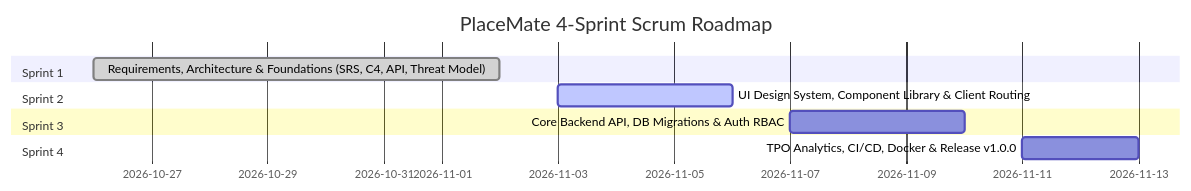
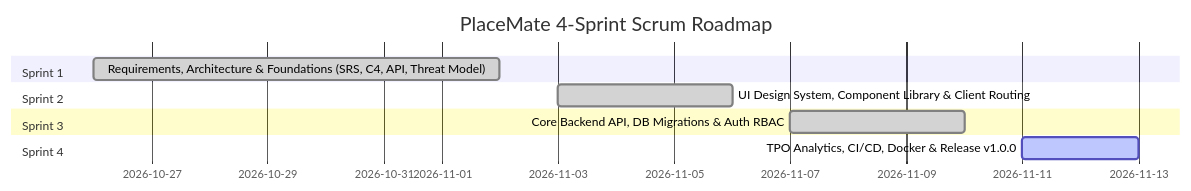
The diagram in docs/scrum/sprints-execution.md (titas-mahato/placemate), drawn with Mermaid before and after one commit. The commit also changed other lines of this file, not shown here.

Commit message:
docs(scrum): record Sprint 3 review, velocity metrics, and burndown chart

````diff
--- a/docs/scrum/sprints-execution.md
+++ b/docs/scrum/sprints-execution.md
@@ -12,13 +12,13 @@
 ```mermaid
 gantt
     title PlaceMate 4-Sprint Scrum Roadmap
     dateFormat  YYYY-MM-DD
     section Sprint 1
     Requirements, Architecture & Foundations (SRS, C4, API, Threat Model) :done, s1, 2026-10-26, 2026-11-02
     section Sprint 2
-    UI Design System, Component Library & Client Routing                 :active, s2, 2026-11-03, 2026-11-06
+    UI Design System, Component Library & Client Routing                 :done, s2, 2026-11-03, 2026-11-06
     section Sprint 3
-    Core Backend API, DB Migrations & Auth RBAC                          :s3, 2026-11-07, 2026-11-10
+    Core Backend API, DB Migrations & Auth RBAC                          :done, s3, 2026-11-07, 2026-11-10
     section Sprint 4
-    TPO Analytics, CI/CD, Docker & Release v1.0.0                       :s4, 2026-11-11, 2026-11-13
+    TPO Analytics, CI/CD, Docker & Release v1.0.0                       :active, s4, 2026-11-11, 2026-11-13
 ```
````
